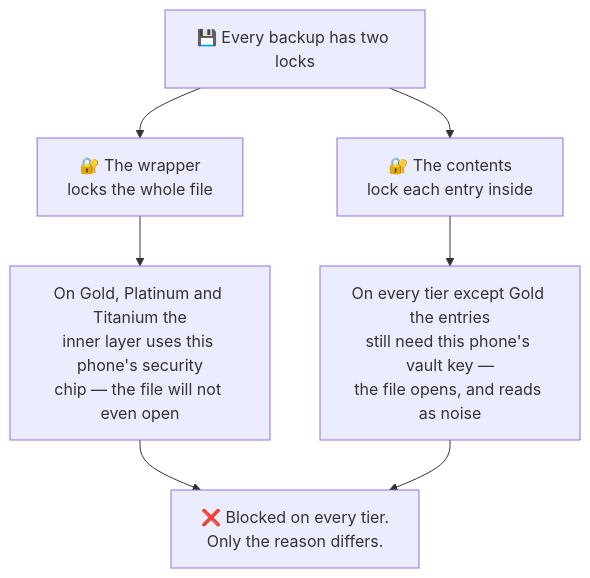
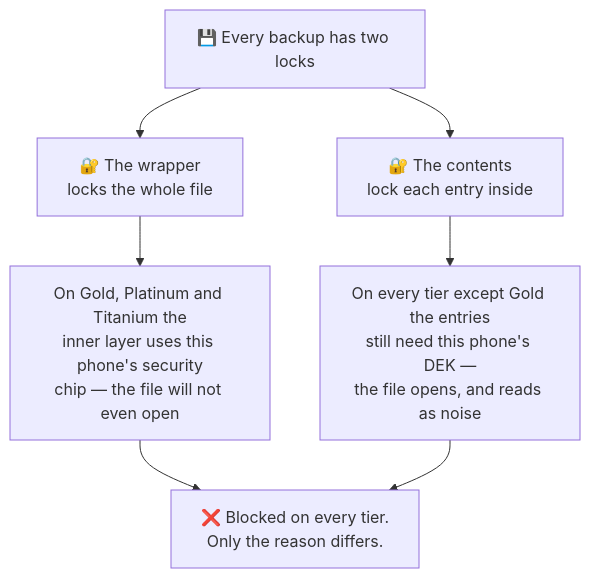
One commit to TuPhung369/passwordepic-website changed the first of 3 diagrams in docs/backups.md. Above: the diagram before and after it, drawn with Mermaid. The commit also changed other lines of this file and 22 other files, not shown here.

````diff
--- a/docs/backups.md
+++ b/docs/backups.md
@@ -39,9 +39,9 @@
 ```mermaid
 flowchart TD
   A["💾 Every backup has two locks"] --> B["🔐 The wrapper<br/>locks the whole file"]
   A --> C["🔐 The contents<br/>lock each entry inside"]
   B --> D["On Gold, Platinum and Titanium the<br/>inner layer uses this phone's security<br/>chip — the file will not even open"]
-  C --> E["On every tier except Gold the entries<br/>still need this phone's vault key —<br/>the file opens, and reads as noise"]
+  C --> E["On every tier except Gold the entries<br/>still need this phone's DEK —<br/>the file opens, and reads as noise"]
   D --> F["❌ Blocked on every tier.<br/>Only the reason differs."]
   E --> F
 ```
````
